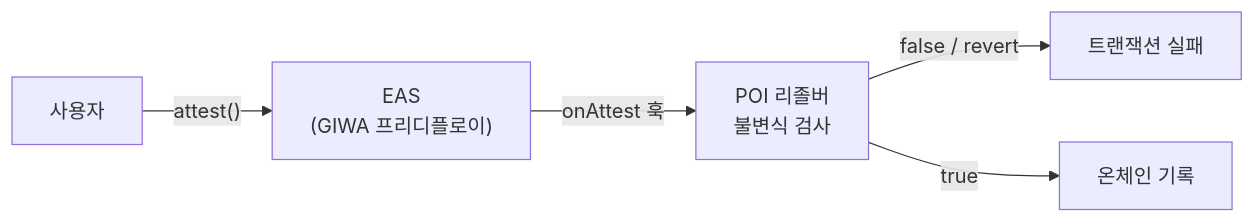
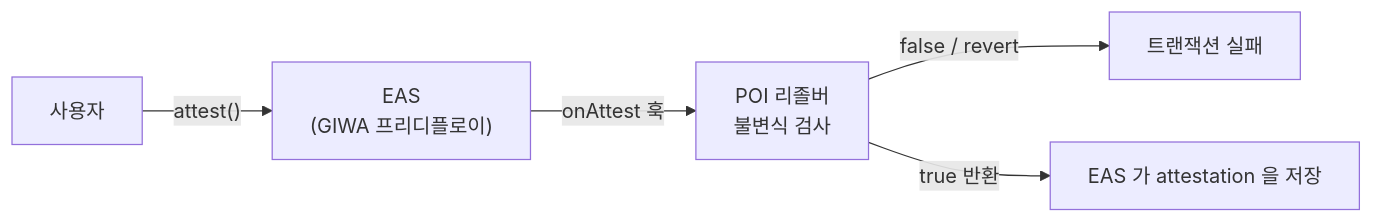
Before and after one commit to Bo621/POI: the diagram in gitbook/design/invariants.md, drawn with Mermaid. The commit also changed 13 other files, not shown here.

````diff
--- a/gitbook/design/invariants.md
+++ b/gitbook/design/invariants.md
@@ -36,7 +36,7 @@
 ```mermaid
 flowchart LR
     U["사용자"] -->|"attest()"| E["EAS<br/>(GIWA 프리디플로이)"]
     E -->|"onAttest 훅"| R["POI 리졸버<br/>불변식 검사"]
     R -->|"false / revert"| X["트랜잭션 실패"]
-    R -->|"true"| S["온체인 기록"]
+    R -->|"true 반환"| E2["EAS 가 attestation 을 저장"]
 ```
````
